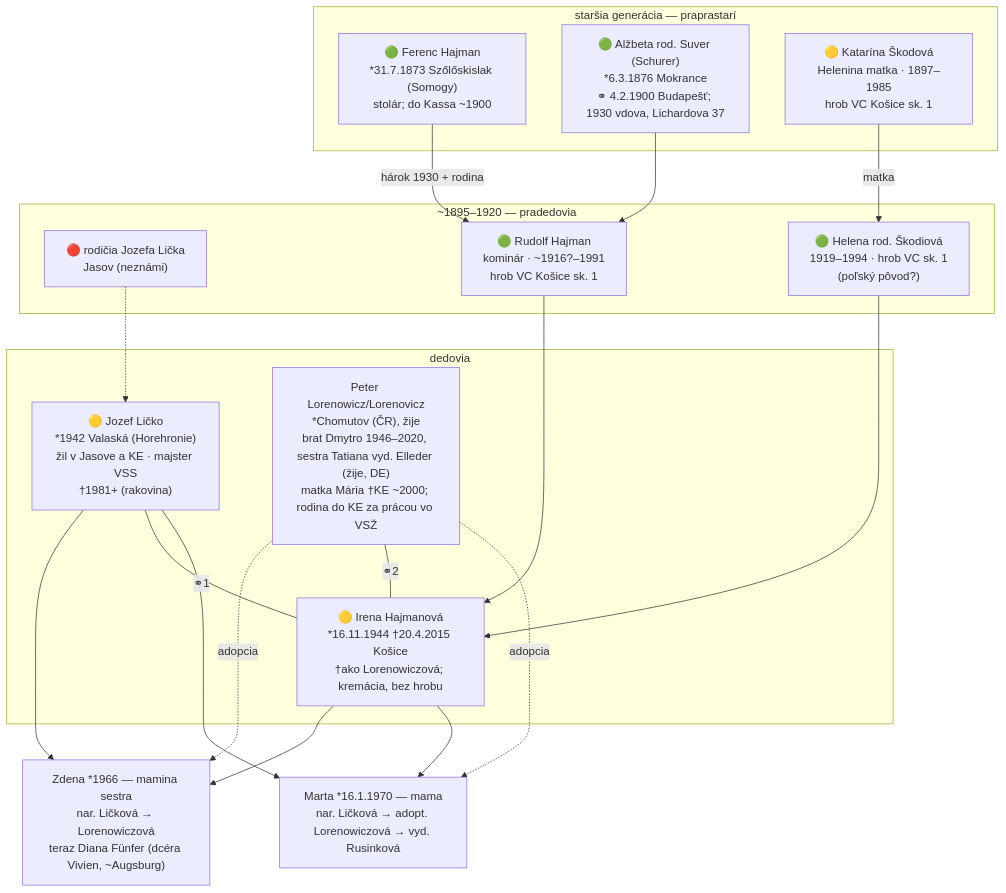
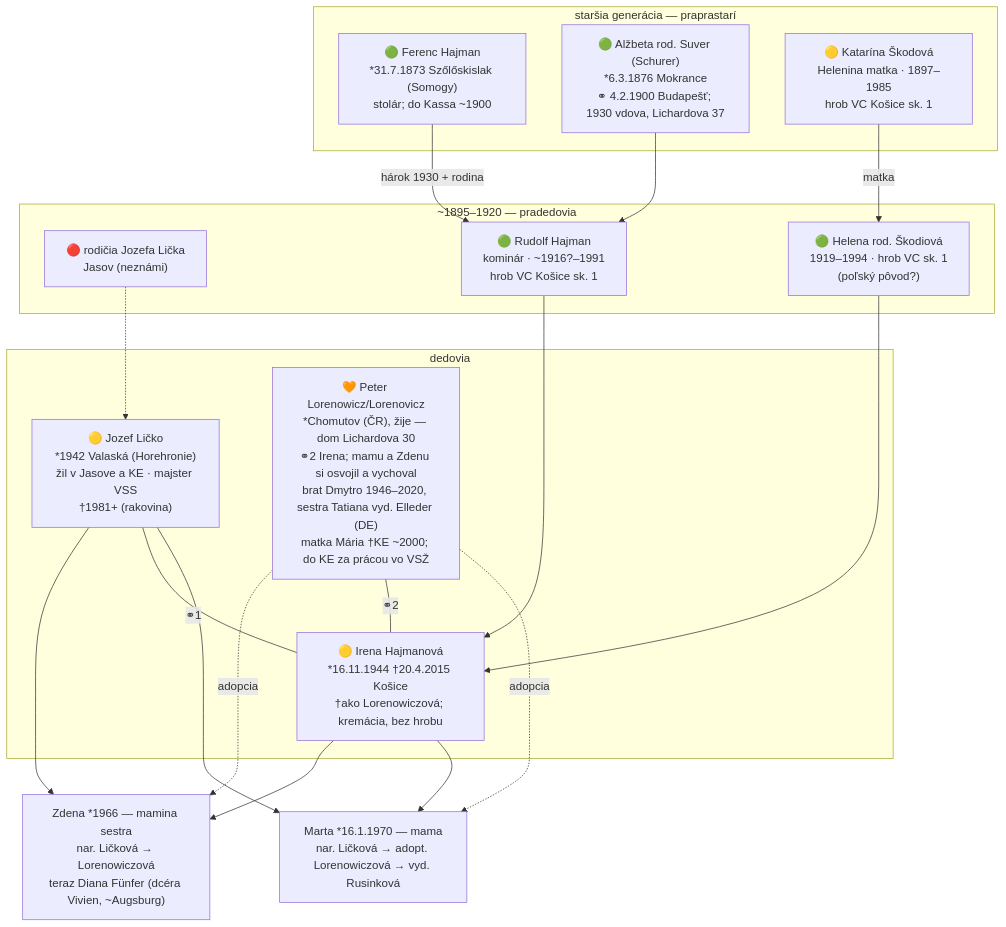
Before and after one commit to vrusi/genealogia: the second of 6 diagrams in docs/rodokmen.md, drawn with Mermaid. The commit also changed other lines of this file and 4 other files, not shown here.

Commit message:
Dedo Peter Lorenowicz viditeľnejší — karta na landing page, vetva premenovaná

````diff
--- a/docs/rodokmen.md
+++ b/docs/rodokmen.md
@@ -87,35 +88,35 @@
 ```mermaid
 graph TD
   subgraph mgen4["staršia generácia — praprastarí"]
     FH["🟢 Ferenc Hajman<br>*31.7.1873 Szőlőskislak (Somogy)<br>stolár; do Kassa ~1900"]
     ASch["🟢 Alžbeta rod. Suver (Schurer)<br>*6.3.1876 Mokrance<br>⚭ 4.2.1900 Budapešť; 1930 vdova, Lichardova 37"]
     KS["🟡 Katarína Škodová<br>Helenina matka · 1897–1985<br>hrob VC Košice sk. 1"]
   end
   subgraph mgen3["~1895–1920 — pradedovia"]
     LX["🔴 rodičia Jozefa Lička<br>Jasov (neznámi)"]
     RH["🟢 Rudolf Hajman<br>kominár · ~1916?–1991<br>hrob VC Košice sk. 1"]
     HS["🟢 Helena rod. Škodiová<br>1919–1994 · hrob VC sk. 1<br>(poľský pôvod?)"]
   end
   subgraph mgen2["dedovia"]
     JL["🟡 Jozef Ličko<br>*1942 Valaská (Horehronie)<br>žil v Jasove a KE · majster VSS<br>†1981+ (rakovina)"]
     IH["🟡 Irena Hajmanová<br>*16.11.1944 †20.4.2015 Košice<br>†ako Lorenowiczová; kremácia, bez hrobu"]
-    PL["Peter Lorenowicz/Lorenovicz<br>*Chomutov (ČR), žije<br>brat Dmytro 1946–2020, sestra Tatiana vyd. Elleder (žije, DE)<br>matka Mária †KE ~2000; rodina do KE za prácou vo VSŽ"]
+    PL["🧡 Peter Lorenowicz/Lorenovicz<br>*Chomutov (ČR), žije — dom Lichardova 30<br>⚭2 Irena; mamu a Zdenu si osvojil a vychoval<br>brat Dmytro 1946–2020, sestra Tatiana vyd. Elleder (DE)<br>matka Mária †KE ~2000; do KE za prácou vo VSŽ"]
   end
   ML["Marta *16.1.1970 — mama<br>nar. Ličková → adopt. Lorenowiczová → vyd. Rusinková"]
   ZD["Zdena *1966 — mamina sestra<br>nar. Ličková → Lorenowiczová<br>teraz Diana Fünfer (dcéra Vivien, ~Augsburg)"]
 
   FH -->|hárok 1930 + rodina| RH
   ASch --> RH
   KS -->|matka| HS
   JL --> ZD
   IH --> ZD
   PL -.->|adopcia| ZD
   LX -.-> JL
   RH --> IH
   HS --> IH
   JL ---|⚭1| IH
   PL ---|⚭2| IH
   JL --> ML
   IH --> ML
   PL -.->|adopcia| ML
 ```
````
